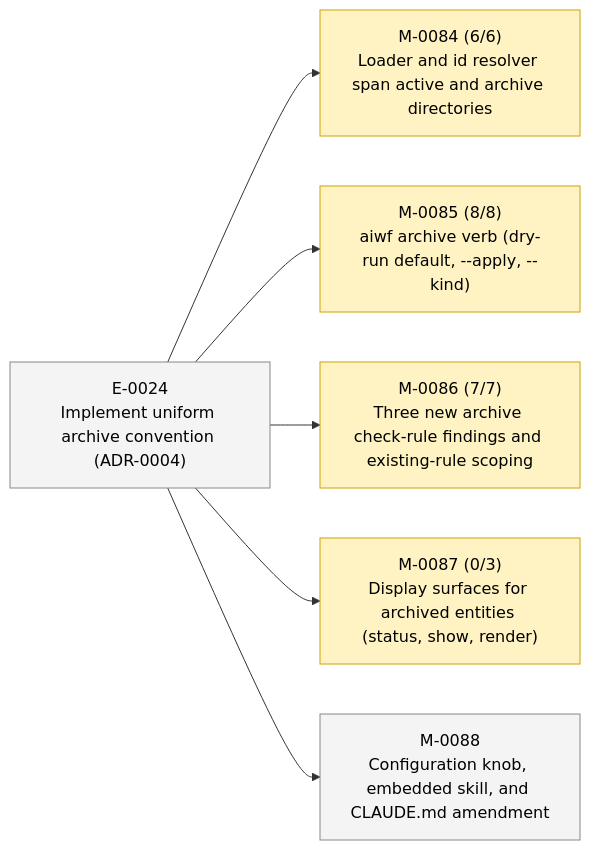
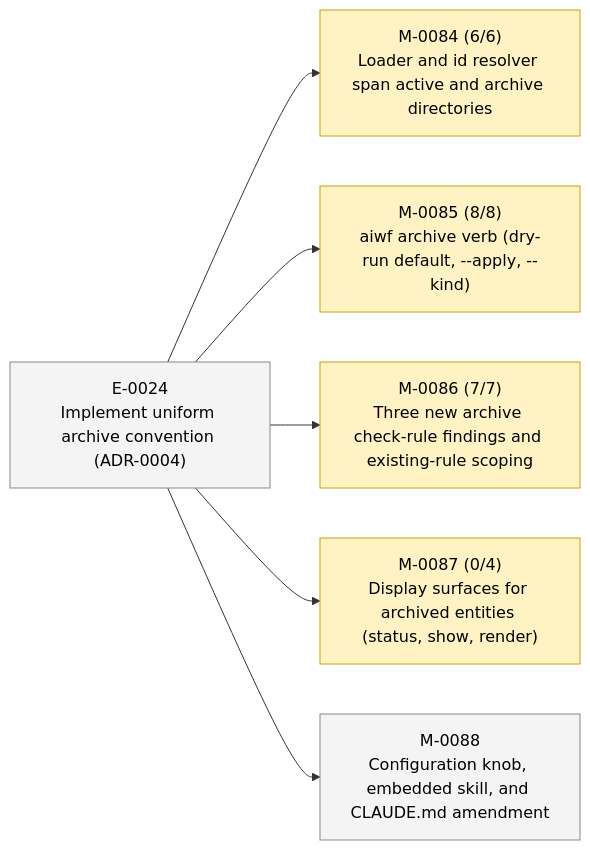
One commit to 23min/aiwf changed the second of 2 diagrams in STATUS.md. Above: the diagram before and after it, drawn with Mermaid. The commit also changed other lines of this file and 1 other file, not shown here.

First line of the commit message:
aiwf add ac M-0087/AC-4 "aiwf show resolves any id (active or archived) without flag opt-in"

````diff
--- a/STATUS.md
+++ b/STATUS.md
@@ -49,20 +49,20 @@
 ```mermaid
 flowchart LR
   E_0024["E-0024<br/>Implement uniform archive convention (ADR-0004)"]:::epic_proposed
   M_0084["M-0084 (6/6)<br/>Loader and id resolver span active and archive directories"]:::ms_in_progress
   E_0024 --> M_0084
   M_0085["M-0085 (8/8)<br/>aiwf archive verb (dry-run default, --apply, --kind)"]:::ms_in_progress
   E_0024 --> M_0085
   M_0086["M-0086 (7/7)<br/>Three new archive check-rule findings and existing-rule scoping"]:::ms_in_progress
   E_0024 --> M_0086
-  M_0087["M-0087 (0/3)<br/>Display surfaces for archived entities (status, show, render)"]:::ms_in_progress
+  M_0087["M-0087 (0/4)<br/>Display surfaces for archived entities (status, show, render)"]:::ms_in_progress
   E_0024 --> M_0087
   M_0088["M-0088<br/>Configuration knob, embedded skill, and CLAUDE.md amendment"]:::ms_draft
   E_0024 --> M_0088
   classDef epic_active fill:#d6eaff,stroke:#1a73e8,color:#000
   classDef epic_proposed fill:#f4f4f4,stroke:#888,color:#000
   classDef ms_done fill:#d8f5d8,stroke:#2a8a2a,color:#000
   classDef ms_in_progress fill:#fff3c4,stroke:#caa400,color:#000
   classDef ms_draft fill:#f4f4f4,stroke:#888,color:#000
   classDef ms_cancelled fill:#fbeaea,stroke:#c33,color:#000
 ```
````
